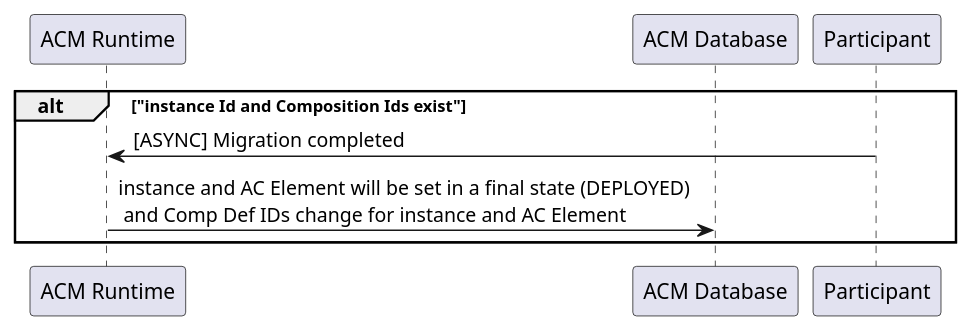
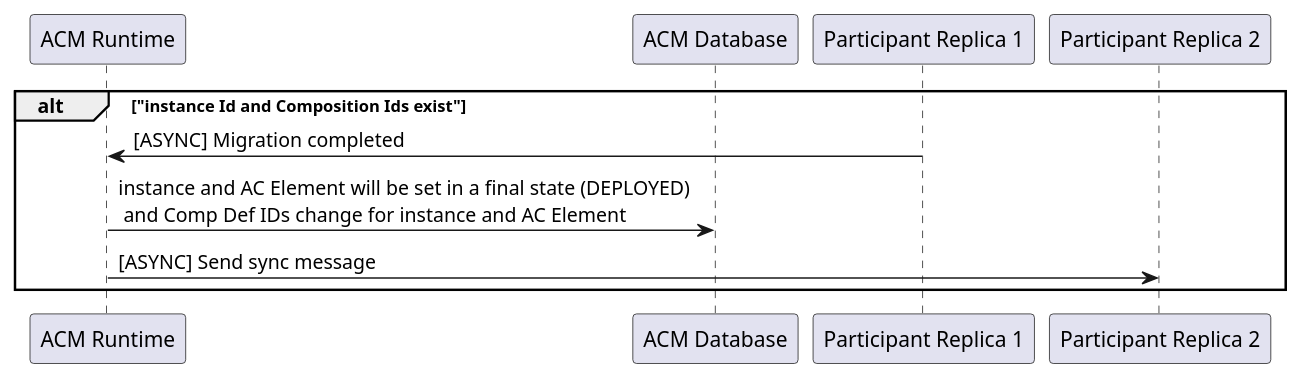
The diagram in docs/clamp/acm/plantuml/system-dialogues/MigrateAcElementsResponse.puml (onap/policy-parent), drawn with PlantUML before and after one commit. The commit also changed 40 other files, not shown here.

First line of the commit message:
Add sync message in system dialogs in docs

```diff
--- a/docs/clamp/acm/plantuml/system-dialogues/MigrateAcElementsResponse.puml
+++ b/docs/clamp/acm/plantuml/system-dialogues/MigrateAcElementsResponse.puml
@@ -1,10 +1,12 @@
 @startuml
 participant "ACM Runtime"
 participant "ACM Database"
-participant Participant
+participant "Participant Replica 1"
+participant "Participant Replica 2"
 
 alt "instance Id and Composition Ids exist"
-  Participant -> "ACM Runtime" : [ASYNC] Migration completed
+  "Participant Replica 1" -> "ACM Runtime" : [ASYNC] Migration completed
   "ACM Runtime" -> "ACM Database" : instance and AC Element will be set in a final state (DEPLOYED)\n and Comp Def IDs change for instance and AC Element
+  "ACM Runtime" -> "Participant Replica 2": [ASYNC] Send sync message
 end
 @enduml
```
